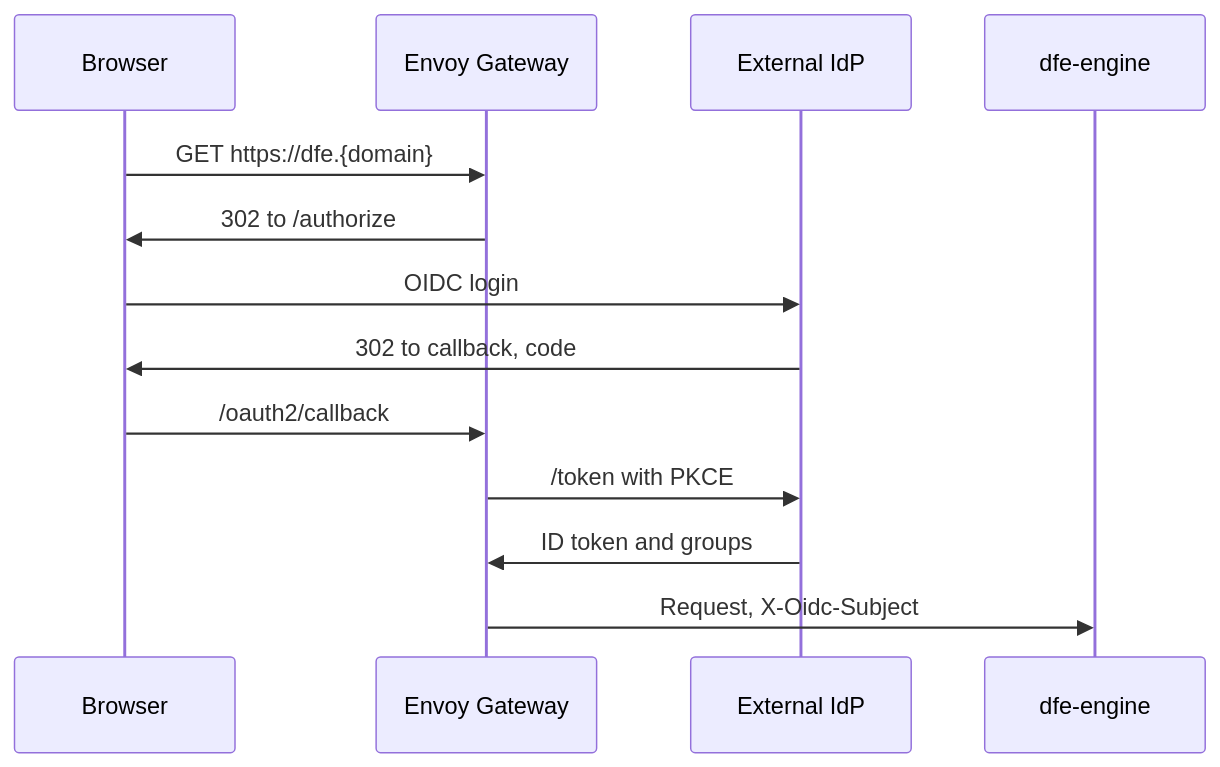
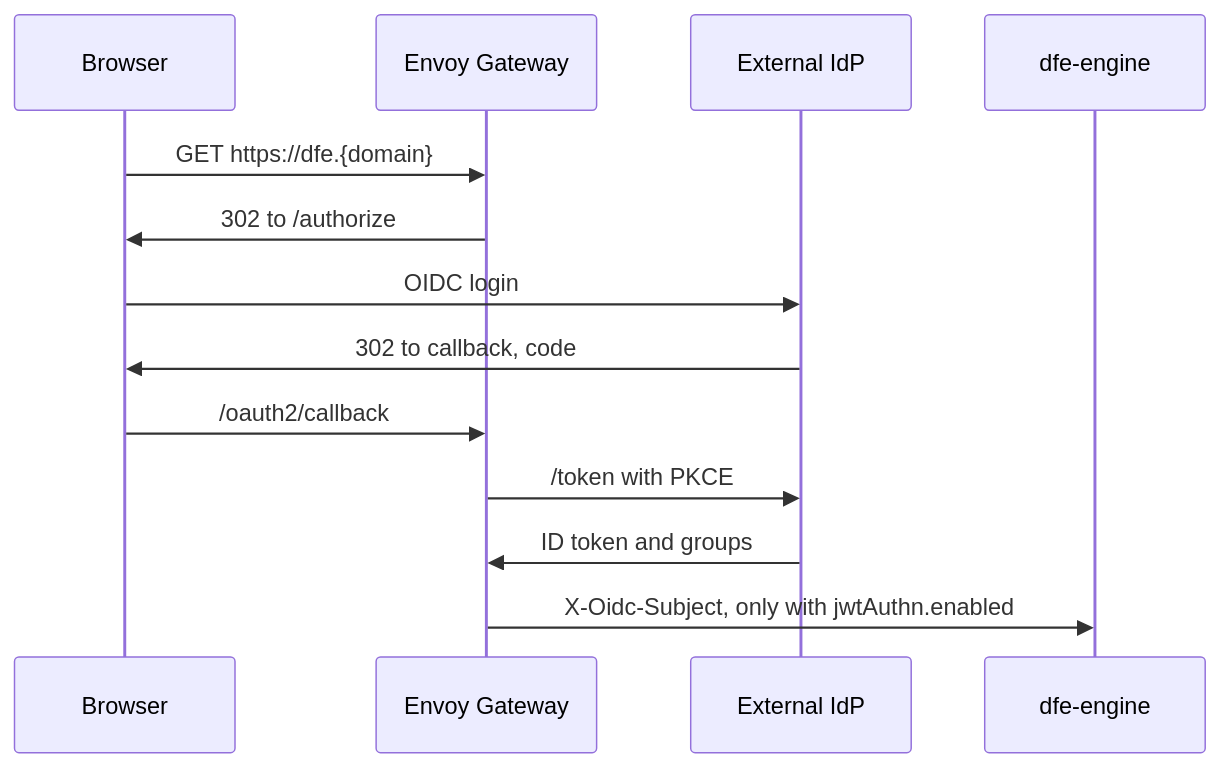
Before and after one commit to hyperi-io/dfe-infra: the second of 2 diagrams in docs/edge-auth.md, drawn with Mermaid. The commit also changed other lines of this file and 6 other files, not shown here.

````diff
--- a/docs/edge-auth.md
+++ b/docs/edge-auth.md
@@ -79,17 +79,17 @@
 ```mermaid
 sequenceDiagram
     accTitle: L4 Detail -- Federated login
-    accDescr: Envoy sends a browser with no session to the external IdP, exchanges the returned code for an ID token, checks its groups, and forwards the request to dfe-engine with the subject header alone.
+    accDescr: Envoy sends a browser with no session to the external IdP, exchanges the returned code for an ID token, checks its groups, and forwards the request to dfe-engine, with the subject header when jwtAuthn is enabled.
     participant browser as Browser
     participant envoy as Envoy Gateway
     participant idp as External IdP
     participant engine as dfe-engine
     browser->>envoy: GET https://dfe.{domain}
     envoy->>browser: 302 to /authorize
     browser->>idp: OIDC login
     idp->>browser: 302 to callback, code
     browser->>envoy: /oauth2/callback
     envoy->>idp: /token with PKCE
     idp->>envoy: ID token and groups
-    envoy->>engine: Request, X-Oidc-Subject
+    envoy->>engine: X-Oidc-Subject, only with jwtAuthn.enabled
 ```
````
